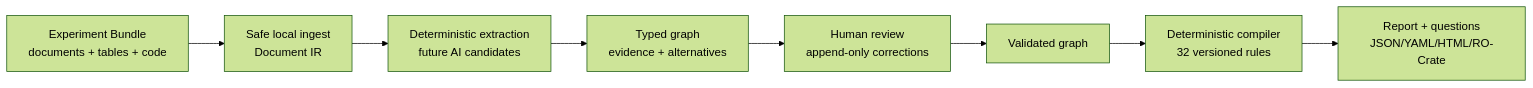
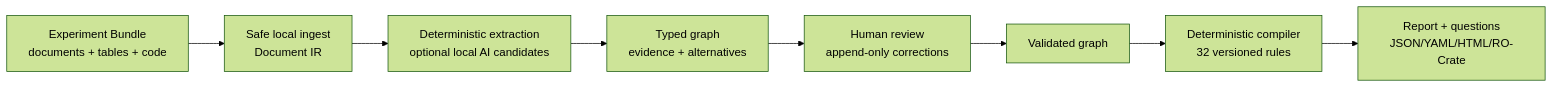
Before and after one commit to Massimilianociconte/N-truth: the diagram in README.md, drawn with Mermaid (forest theme). The commit also changed other lines of this file and 43 other files, not shown here.

````diff
--- a/README.md
+++ b/README.md
@@ -84,10 +88,10 @@
 ```mermaid
 flowchart LR
     A["Experiment Bundle<br/>documents + tables + code"] --> B["Safe local ingest<br/>Document IR"]
-    B --> C["Deterministic extraction<br/>future AI candidates"]
+    B --> C["Deterministic extraction<br/>optional local AI candidates"]
     C --> D["Typed graph<br/>evidence + alternatives"]
     D --> E["Human review<br/>append-only corrections"]
     E --> F["Validated graph"]
     F --> G["Deterministic compiler<br/>32 versioned rules"]
     G --> H["Report + questions<br/>JSON/YAML/HTML/RO-Crate"]
 ```
````
